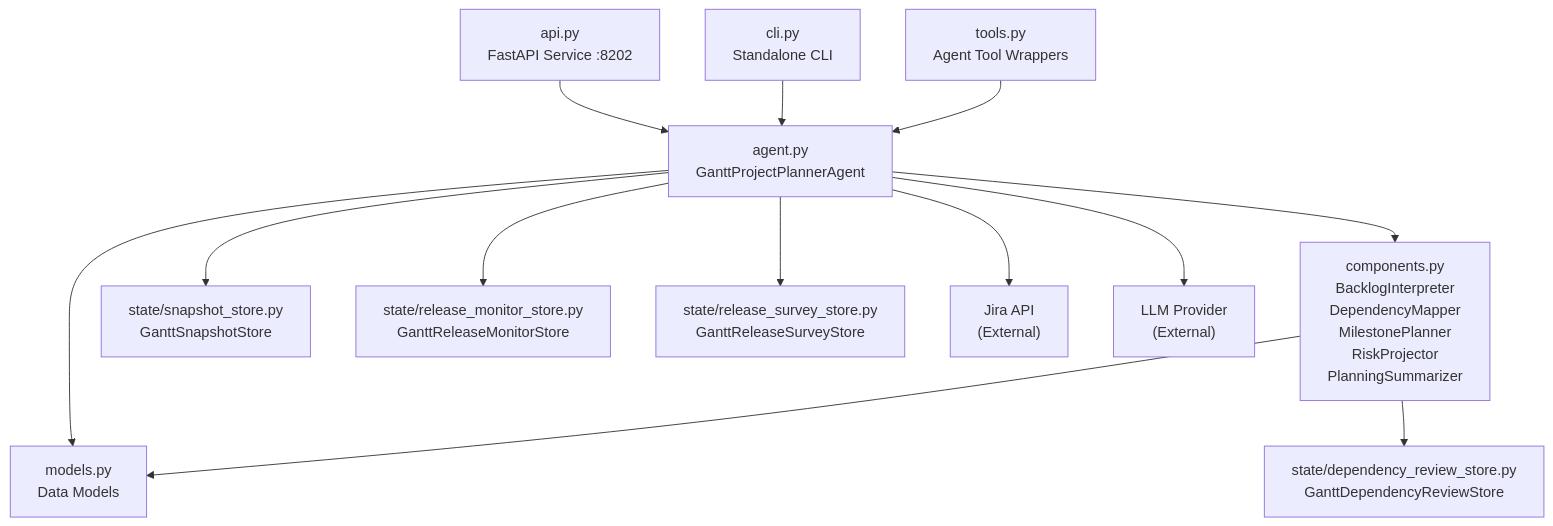
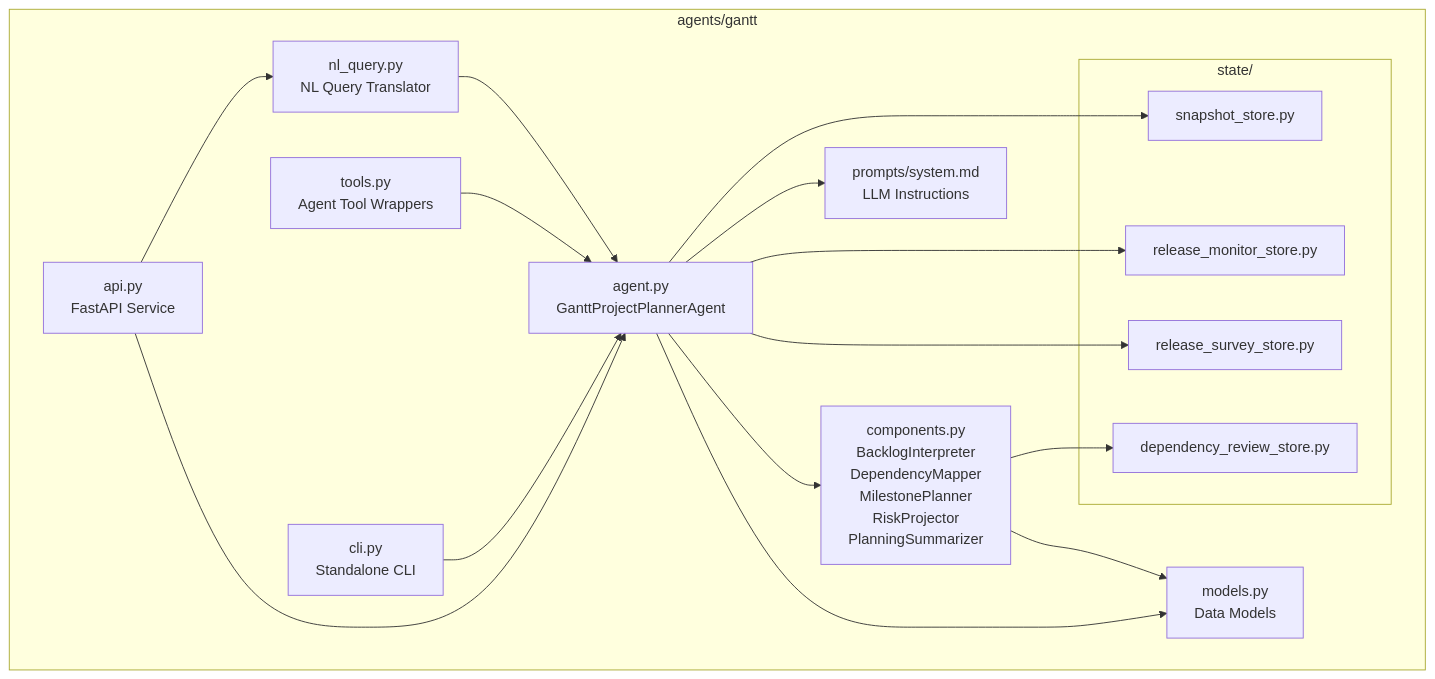
The first of 4 diagrams in docs/agents-gantt.md (jmac-cornelis/agent-workforce), drawn with Mermaid before and after one commit. The commit also changed other lines of this file and 7 other files, not shown here.

````diff
--- a/docs/agents-gantt.md
+++ b/docs/agents-gantt.md
@@ -25,28 +27,33 @@
 ```mermaid
-graph TD
-    API["api.py<br/>FastAPI Service :8202"]
-    CLI["cli.py<br/>Standalone CLI"]
-    Agent["agent.py<br/>GanttProjectPlannerAgent"]
-    Components["components.py<br/>BacklogInterpreter<br/>DependencyMapper<br/>MilestonePlanner<br/>RiskProjector<br/>PlanningSummarizer"]
-    Models["models.py<br/>Data Models"]
-    Tools["tools.py<br/>Agent Tool Wrappers"]
-    SnapshotStore["state/snapshot_store.py<br/>GanttSnapshotStore"]
-    MonitorStore["state/release_monitor_store.py<br/>GanttReleaseMonitorStore"]
-    SurveyStore["state/release_survey_store.py<br/>GanttReleaseSurveyStore"]
-    ReviewStore["state/dependency_review_store.py<br/>GanttDependencyReviewStore"]
-    Jira["Jira API<br/>(External)"]
-    LLM["LLM Provider<br/>(External)"]
+graph TB
+    subgraph "agents/gantt"
+        API["api.py<br/>FastAPI Service"]
+        CLI["cli.py<br/>Standalone CLI"]
+        AGENT["agent.py<br/>GanttProjectPlannerAgent"]
+        COMP["components.py<br/>BacklogInterpreter<br/>DependencyMapper<br/>MilestonePlanner<br/>RiskProjector<br/>PlanningSummarizer"]
+        MODELS["models.py<br/>Data Models"]
+        TOOLS["tools.py<br/>Agent Tool Wrappers"]
+        NLQ["nl_query.py<br/>NL Query Translator"]
+        PROMPT["prompts/system.md<br/>LLM Instructions"]
+        subgraph "state/"
+            SNAP_STORE["snapshot_store.py"]
+            RM_STORE["release_monitor_store.py"]
+            RS_STORE["release_survey_store.py"]
+            DEP_STORE["dependency_review_store.py"]
+        end
+    end
 
-    API --> Agent
-    CLI --> Agent
-    Tools --> Agent
-    Agent --> Components
-    Agent --> Models
-    Components --> Models
-    Agent --> SnapshotStore
-    Agent --> MonitorStore
-    Agent --> SurveyStore
-    Components --> ReviewStore
-    Agent --> Jira
-    Agent --> LLM
+    API --> AGENT
+    API --> NLQ
+    CLI --> AGENT
+    TOOLS --> AGENT
+    AGENT --> COMP
+    AGENT --> MODELS
+    AGENT --> SNAP_STORE
+    AGENT --> RM_STORE
+    AGENT --> RS_STORE
+    COMP --> DEP_STORE
+    COMP --> MODELS
+    NLQ --> AGENT
+    AGENT --> PROMPT
 ```
````
